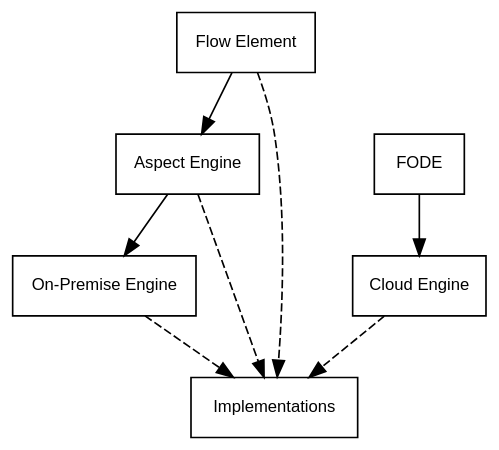
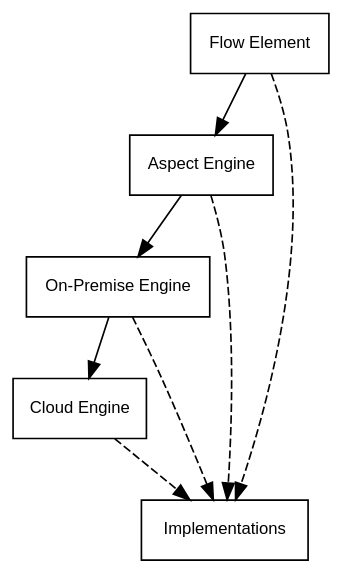
One commit to 51Degrees/documentation changed the diagram in src/graphs/flowelement-hierarchy.dot. Above: the diagram before and after it, drawn with Graphviz.

Commit message:
BUG: Fixed hierarchy graph.

```diff
--- a/src/graphs/flowelement-hierarchy.dot
+++ b/src/graphs/flowelement-hierarchy.dot
@@ -1,21 +1,21 @@
 digraph H {
     bgcolor=transparent;
     node [shape=record, fontname=Helvetica, fontsize=10];
     
     FE [label="Flow Element", URL="@ref Concepts_FlowElements_FlowElement"];
     AE [label="Aspect Engine", URL="@ref Concepts_FlowElements_AspectEngine"];
     //FODE [label="51Degrees Engine", URL="@ref Concepts_FlowElements_FiftyOneEngine"];
     OPE [label="On-Premise Engine", URL="@ref Concepts_FlowElements_OnPremiseEngine"];
     CE [label="Cloud Engine", URL="@ref Concepts_FlowElements_CloudEngine"];
     I [label=Implementations, URL="@ref Services_Index"];
     
     FE -> AE -> OPE;
-    FODE -> CE;
+    OPE -> CE;
     
     edge[style=dashed];
     FE -> I;
     AE -> I;
     //FODE -> I;
     OPE -> I;
     CE -> I;
 }
```
